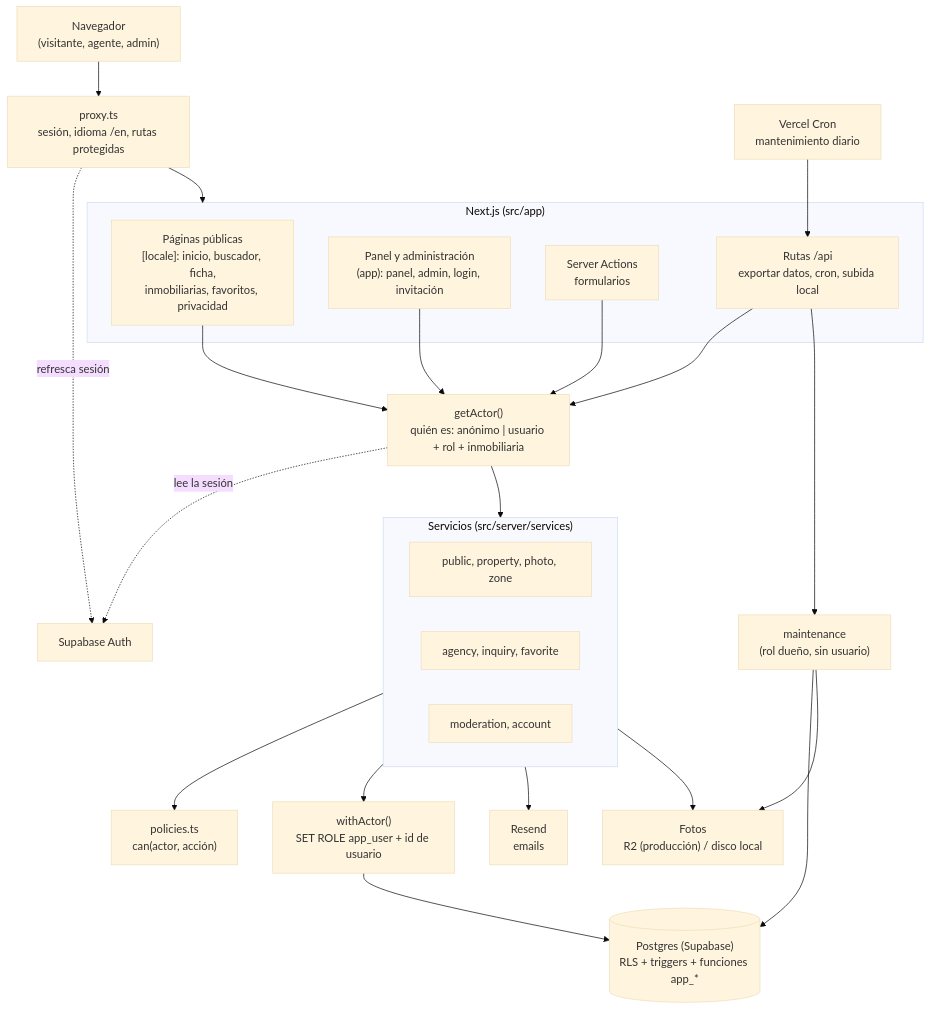
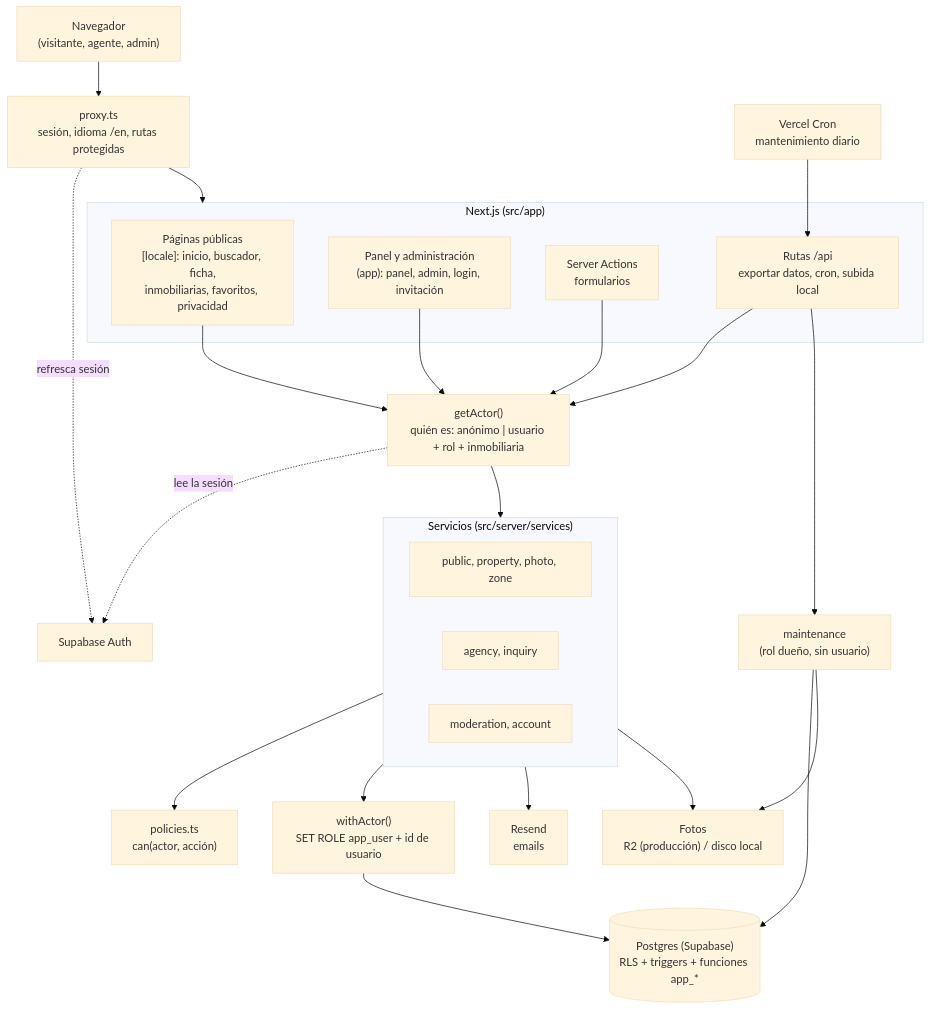
The second of 15 diagrams in docs/diagramas.md (valeriadelrio/portal-inmobiliario), drawn with Mermaid (base theme) before and after one commit. The commit also changed other lines of this file and 36 other files, not shown here.

````diff
--- a/docs/diagramas.md
+++ b/docs/diagramas.md
@@ -118,40 +112,40 @@
 ```mermaid
 flowchart TB
   nav["Navegador<br/>(visitante, agente, admin)"]
   proxy["proxy.ts<br/>sesión, idioma /en, rutas protegidas"]
   subgraph app["Next.js (src/app)"]
     pub["Páginas públicas<br/>[locale]: inicio, buscador, ficha,<br/>inmobiliarias, favoritos, privacidad"]
     panel["Panel y administración<br/>(app): panel, admin, login, invitación"]
     actions["Server Actions<br/>formularios"]
     routes["Rutas /api<br/>exportar datos, cron, subida local"]
   end
   actor["getActor()<br/>quién es: anónimo | usuario + rol + inmobiliaria"]
   policies["policies.ts<br/>can(actor, acción)"]
   subgraph svc["Servicios (src/server/services)"]
     s1["public, property, photo, zone"]
-    s2["agency, inquiry, favorite"]
+    s2["agency, inquiry"]
     s3["moderation, account"]
   end
   withactor["withActor()<br/>SET ROLE app_user + id de usuario"]
   db[("Postgres (Supabase)<br/>RLS + triggers + funciones app_*")]
   auth["Supabase Auth"]
   email["Resend<br/>emails"]
   storage["Fotos<br/>R2 (producción) / disco local"]
   cron["Vercel Cron<br/>mantenimiento diario"]
   maint["maintenance<br/>(rol dueño, sin usuario)"]
 
   nav --> proxy --> app
   proxy -. "refresca sesión" .-> auth
   pub --> actor
   panel --> actor
   actions --> actor
   routes --> actor
   actor -. "lee la sesión" .-> auth
   actor --> svc
   svc --> policies
   svc --> withactor --> db
   svc --> email
   svc --> storage
   cron --> routes --> maint --> db
   maint --> storage
 ```
````
